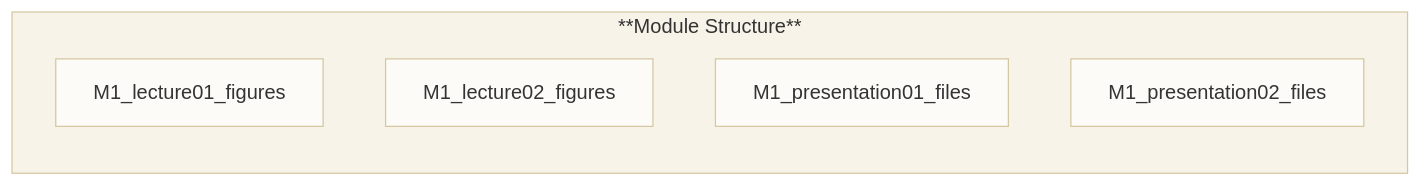
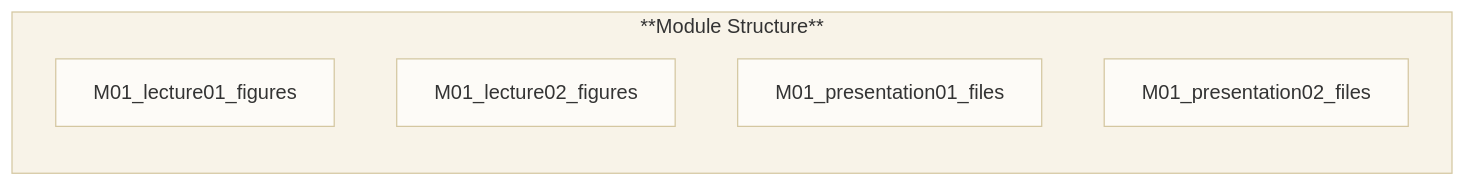
The first of 2 diagrams in 05_quarto_class_setup.qmd (BostonAnalytics/edustack), drawn with Mermaid before and after one commit. The commit also changed other lines of this file and 89 other files, not shown here.

````diff
--- a/05_quarto_class_setup.qmd
+++ b/05_quarto_class_setup.qmd
@@ -221,21 +241,21 @@
 ```{mermaid}
 flowchart TD
 
 %% Group: Module Structure
 subgraph ModuleStructure["**Module Structure**"]
         direction TB
-        B1[M1_lecture01_figures]
-        B2[M1_lecture02_figures]
-        B3[M1_presentation01_files]
-        B4[M1_presentation02_files]
+        B1[M01_lecture01_figures]
+        B2[M01_lecture02_figures]
+        B3[M01_presentation01_files]
+        B4[M01_presentation02_files]
     end
 
 %% Coloring
 classDef lightGroup fill:#f8f3e8,stroke:#d4c7a1,color:#333
 classDef lightNode fill:#fdfbf7,stroke:#d4c7a1,color:#333
 
 class ModuleStructure lightGroup
 class Subfolders lightGroup
 class B1,B2,B3,B4 lightNode
 
 ```
````
